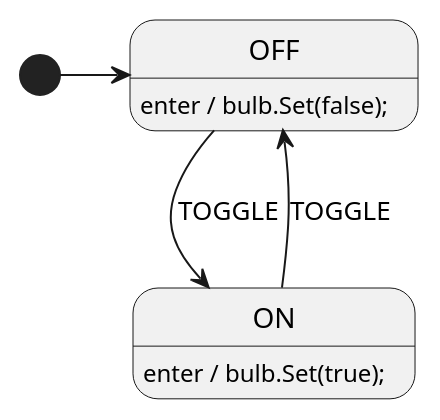
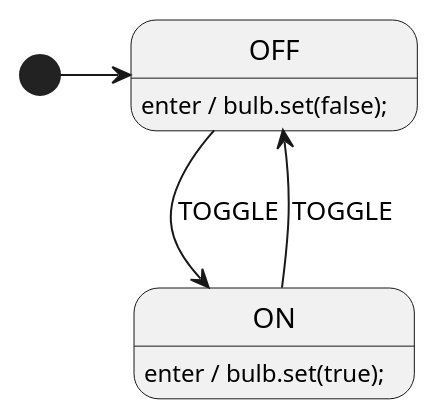
One commit to StateSmith/StateSmith-examples changed the diagram in multi-lang-2/LightSm.plantuml. Above: the diagram before and after it, drawn with PlantUML. The commit also changed 8 other files, not shown here.

```diff
--- a/multi-lang-2/LightSm.plantuml
+++ b/multi-lang-2/LightSm.plantuml
@@ -1,24 +1,24 @@
 @startuml
 
 ' //////////////////////// STATE ORGANIZATION ///////////////////////
 ' Note: StateSmith treats state names and events as case insensitive.
 ' More info: https://github.com/StateSmith/StateSmith/wiki/PlantUML
 
 state OFF
 state ON
 
 
 ' ///////////////////////// STATE HANDLERS /////////////////////////
 ' Syntax: https://github.com/StateSmith/StateSmith/wiki/Behaviors
 
 [*] -> OFF
 
 ' OFF
-OFF: enter / bulb.Set(false);
+OFF: enter / bulb.set(false);
 OFF --> ON : TOGGLE
 
 ' ON
-ON: enter / bulb.Set(true);
+ON: enter / bulb.set(true);
 ON --> OFF : TOGGLE
 
 @enduml
```
